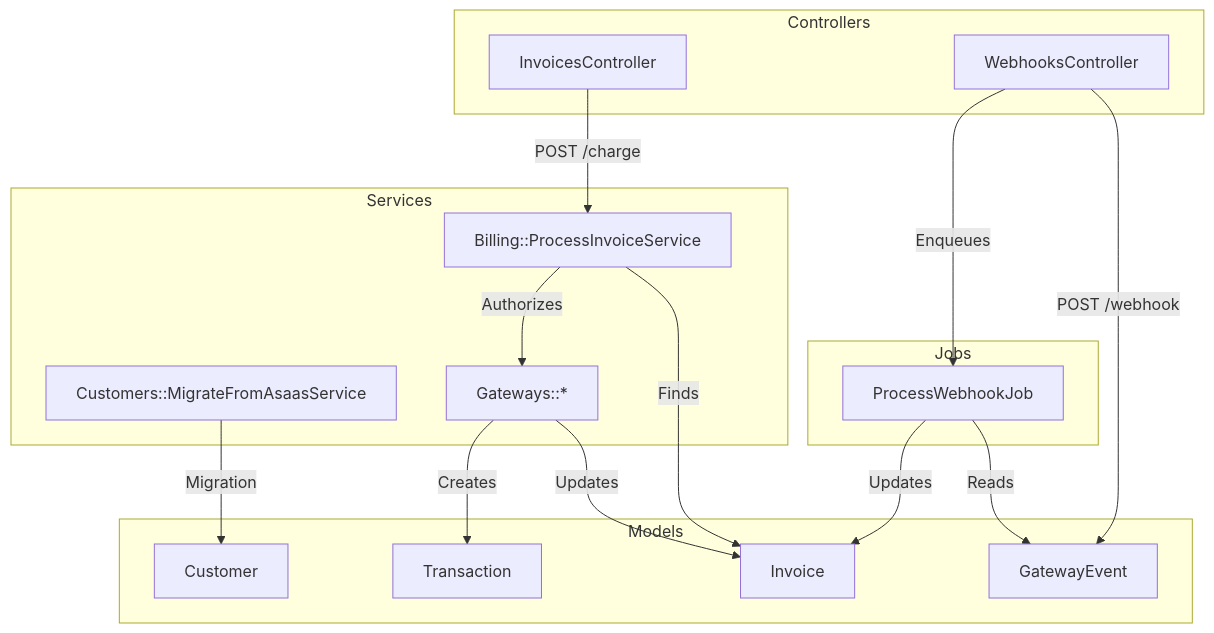
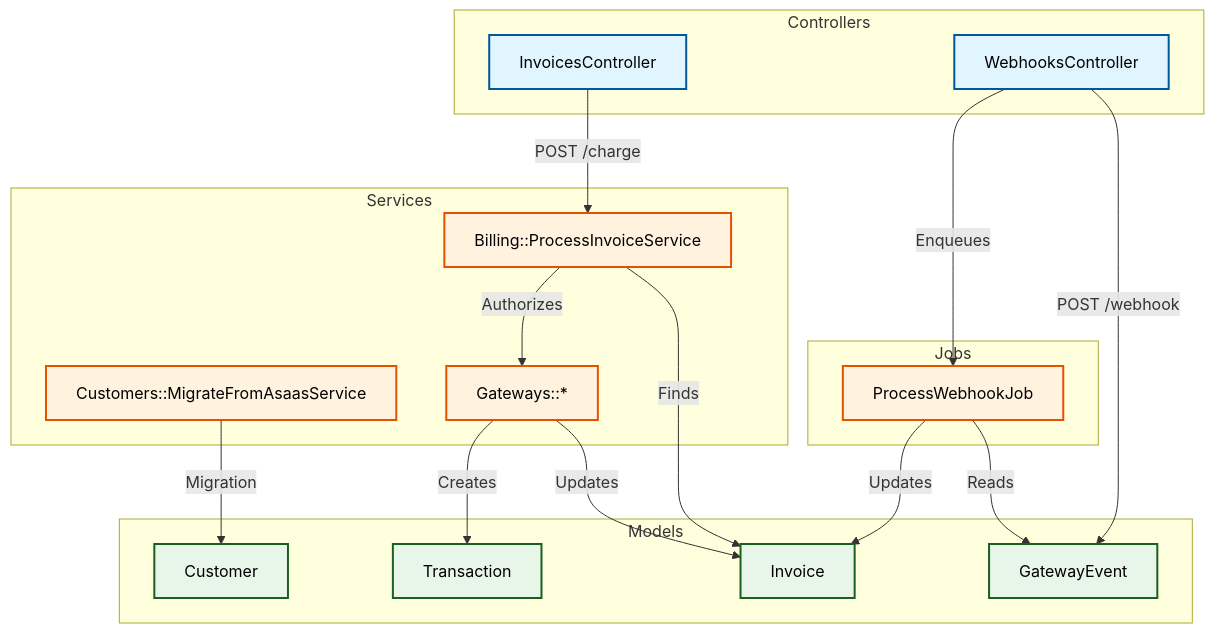
One commit to pcajoao/billing_hub changed the diagram in app/README.md. Above: the diagram before and after it, drawn with Mermaid. The commit also changed 2 other files, not shown here.

Commit message:
adjusting documentation files, changing fluxograms colors

````diff
--- a/app/README.md
+++ b/app/README.md
@@ -22,42 +22,47 @@
 ```mermaid
 graph TD
+    classDef default fill:#fff,stroke:#333,stroke-width:1px,color:#000;
+    classDef controller fill:#e1f5fe,stroke:#01579b,stroke-width:2px,color:#000;
+    classDef service fill:#fff3e0,stroke:#e65100,stroke-width:2px,color:#000;
+    classDef data fill:#e8f5e9,stroke:#1b5e20,stroke-width:2px,color:#000;
+
     %% Controllers (Entry Points)
     subgraph Controllers
-        IC[InvoicesController]
-        WC[WebhooksController]
+        IC[InvoicesController]:::controller
+        WC[WebhooksController]:::controller
     end
 
     %% Services (Logic)
     subgraph Services
-        PIS[Billing::ProcessInvoiceService]
-        MAS[Customers::MigrateFromAsaasService]
-        GW[Gateways::*]
+        PIS[Billing::ProcessInvoiceService]:::service
+        MAS[Customers::MigrateFromAsaasService]:::service
+        GW[Gateways::*]:::service
     end
 
     %% Jobs (Async)
     subgraph Jobs
-        PWJ[ProcessWebhookJob]
+        PWJ[ProcessWebhookJob]:::service
     end
 
     %% Models (Data)
     subgraph Models
-        Inv[Invoice]
-        Tra[Transaction]
-        Cust[Customer]
-        GE[GatewayEvent]
+        Inv[Invoice]:::data
+        Tra[Transaction]:::data
+        Cust[Customer]:::data
+        GE[GatewayEvent]:::data
     end
 
     %% Relationships
     IC --> |POST /charge| PIS
     PIS --> |Finds| Inv
     PIS --> |Authorizes| GW
     GW --> |Updates| Inv
     GW --> |Creates| Tra
 
     WC --> |POST /webhook| GE
     WC --> |Enqueues| PWJ
     PWJ --> |Reads| GE
     PWJ --> |Updates| Inv
 
     MAS --> |Migration| Cust
 ```
````
